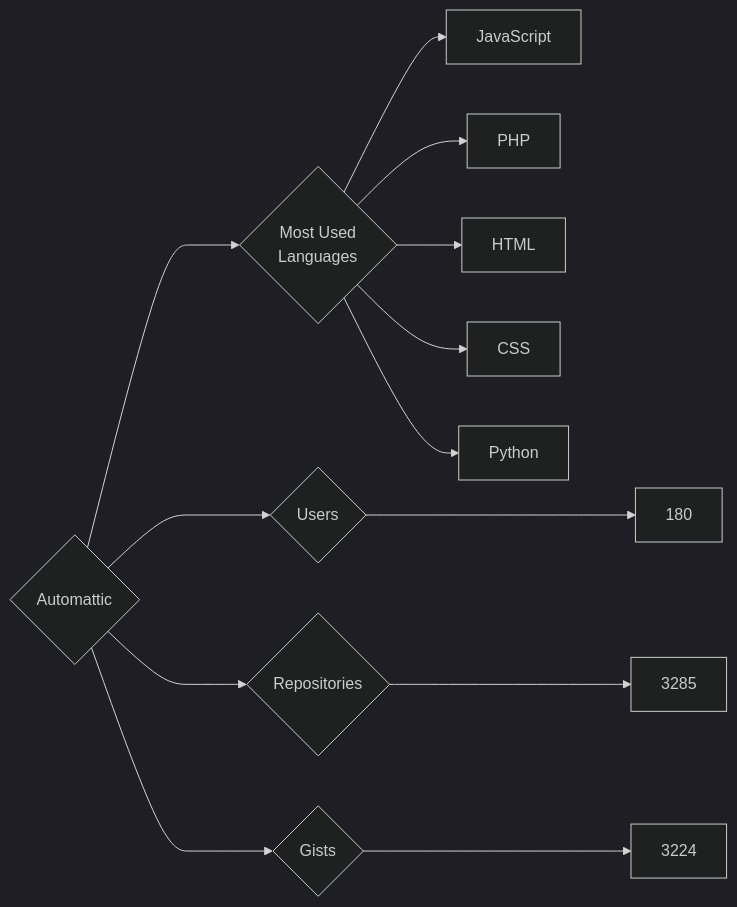
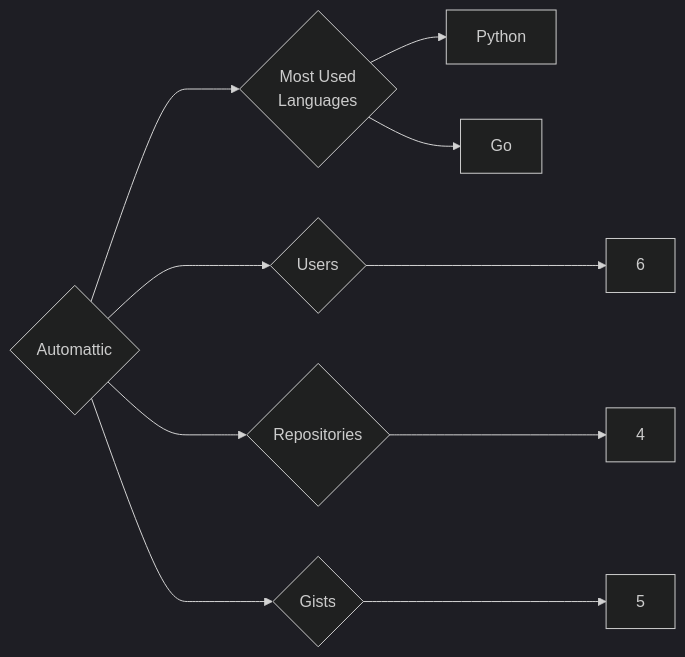
One commit to trickest/insiders changed the diagram in targets/Automattic/README.md. Above: the diagram before and after it, drawn with Mermaid (dark theme). The commit also changed 934 other files, not shown here.

````diff
--- a/targets/Automattic/README.md
+++ b/targets/Automattic/README.md
@@ -3,13 +3,10 @@
 ```mermaid
 graph LR
 COMPANY_NAME{Automattic}
-COMPANY_NAME ---> U{Users} ---> UN[180]
-COMPANY_NAME ---> R{Repositories} ---> RN[3285]
-COMPANY_NAME ---> G{Gists} ---> GN[3224]
+COMPANY_NAME ---> U{Users} ---> UN[6]
+COMPANY_NAME ---> R{Repositories} ---> RN[4]
+COMPANY_NAME ---> G{Gists} ---> GN[5]
 COMPANY_NAME ---> ML{Most Used<br>Languages}
-ML --> JavaScript[JavaScript]
-ML --> PHP[PHP]
-ML --> HTML[HTML]
-ML --> CSS[CSS]
 ML --> Python[Python]
+ML --> Go[Go]
 ```
````
